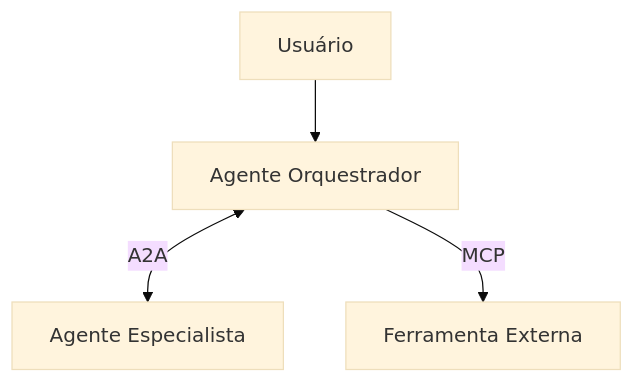
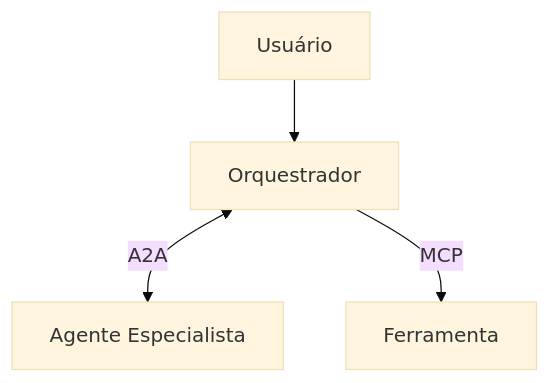
One commit to felipepimentel/my-public-notes changed the sixth of 6 diagrams in AI/Communication/A2A/a2a - presentation.md. Above: the diagram before and after it, drawn with Mermaid (base theme). The commit also changed other lines of this file, not shown here.

````diff
--- a/AI/Communication/A2A/a2a - presentation.md
+++ b/AI/Communication/A2A/a2a - presentation.md
@@ -219,6 +219,6 @@
 ```mermaid
 graph TD
-    U[Usuário] --> A1[Agente Orquestrador]
-    A1 <-->|A2A| A2[Agente Especialista]
-    A1 -->|MCP| T1[Ferramenta Externa]
+    U[Usuário] --> ORQ[Orquestrador]
+    ORQ <-->|A2A| SPEC[Agente Especialista]
+    ORQ -->|MCP| TOOL[Ferramenta]
 ```
````
